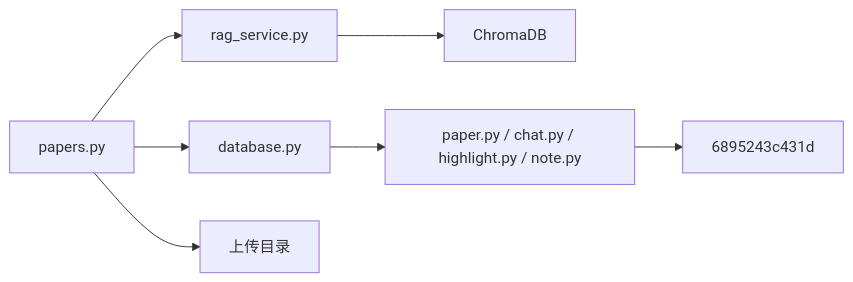
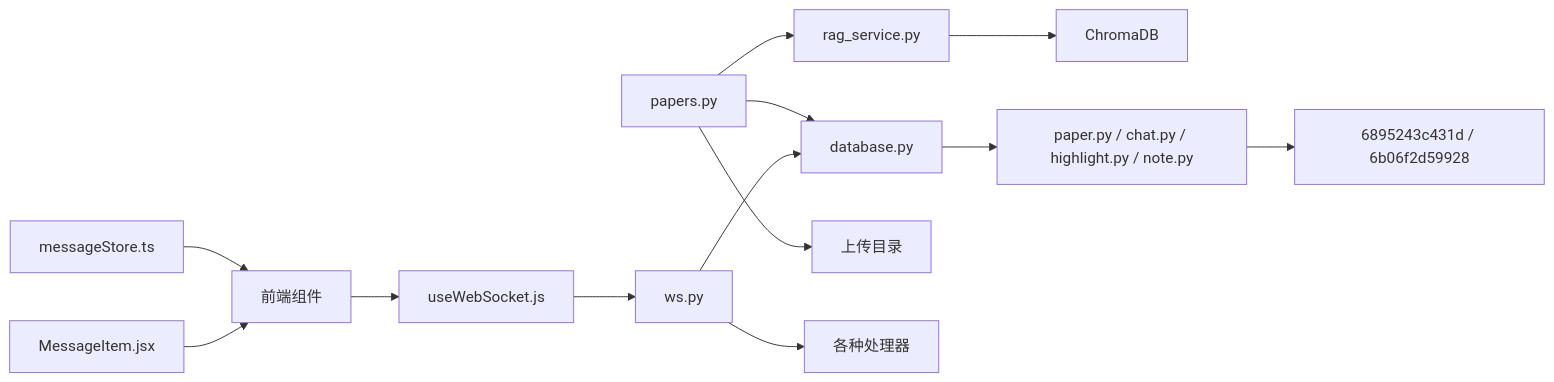
The eighth of 8 diagrams in .qoder/repowiki/zh/content/数据库设计/性能优化与索引策略.md (laohanhahaha/PaperChat), drawn with Mermaid before and after one commit. The commit also changed other lines of this file and 8 other files, not shown here.

````diff
--- a/.qoder/repowiki/zh/content/数据库设计/性能优化与索引策略.md
+++ b/.qoder/repowiki/zh/content/数据库设计/性能优化与索引策略.md
@@ -319,9 +480,15 @@
 ```mermaid
 graph LR
 Papers["papers.py"] --> DB["database.py"]
 Papers --> RAG["rag_service.py"]
 Papers --> FS["上传目录"]
+WS["ws.py"] --> DB
+WS --> Handlers["各种处理器"]
+Frontend["前端组件"] --> Hooks["useWebSocket.js"]
+Hooks --> WS
+Stores["messageStore.ts"] --> Frontend
+Components["MessageItem.jsx"] --> Frontend
 RAG --> Chroma["ChromaDB"]
 DB --> Models["paper.py / chat.py / highlight.py / note.py"]
-Models --> Alembic["6895243c431d"]
+Models --> Alembic["6895243c431d / 6b06f2d59928"]
 ```
````
